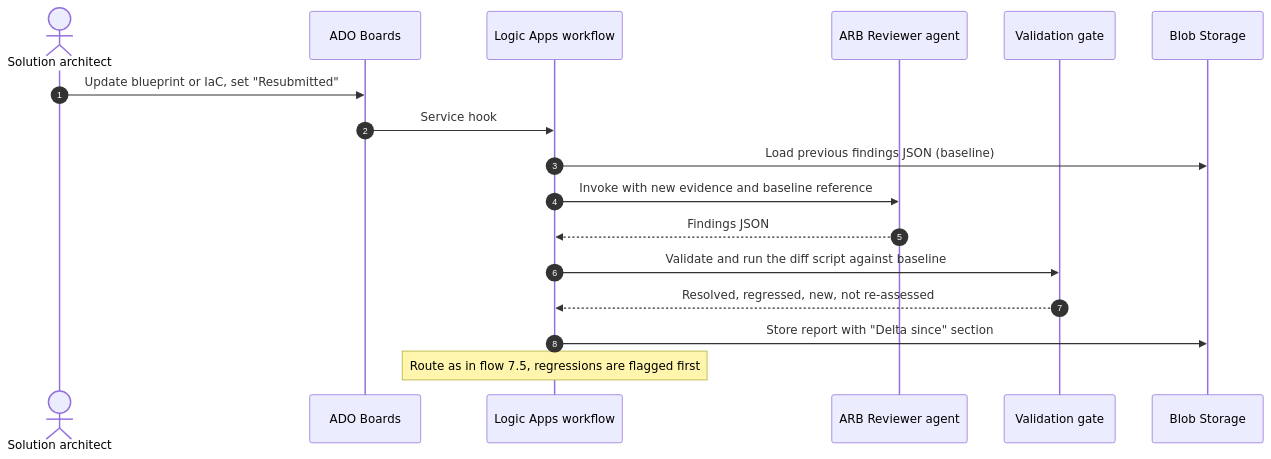
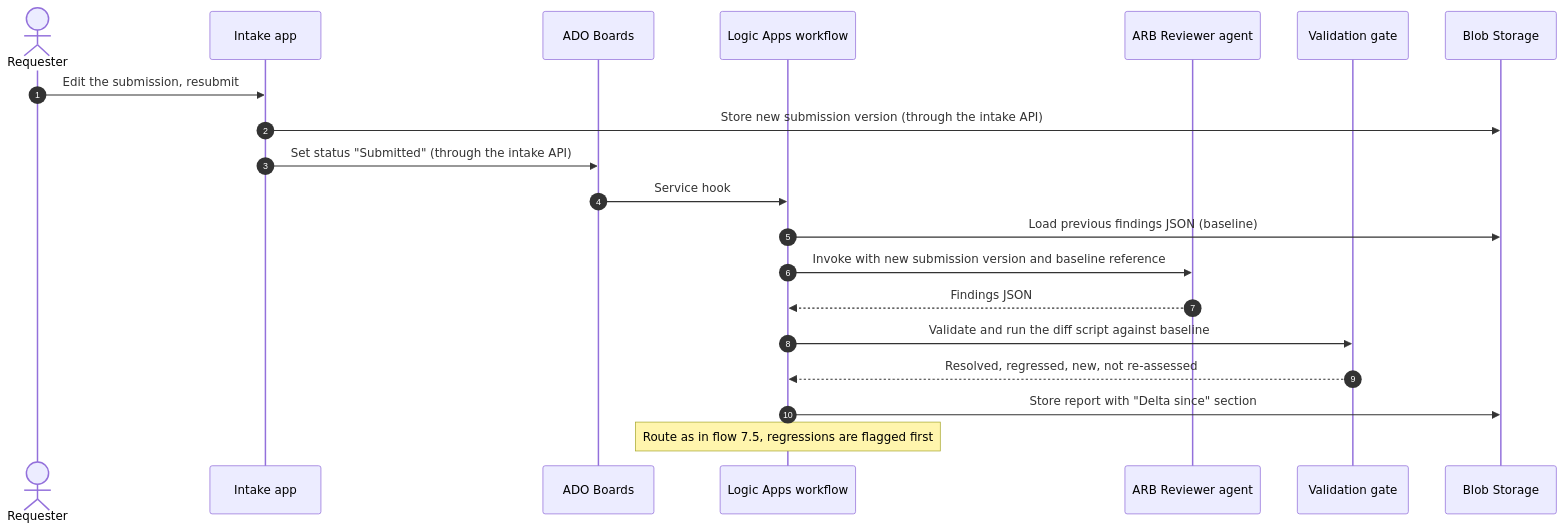
One commit to itsamitkr/arb-agent-design changed the sixth of 8 diagrams in ARB-Agent-Technical-Design.md. Above: the diagram before and after it, drawn with Mermaid. The commit also changed other lines of this file and 2 other files, not shown here.

````diff
--- a/ARB-Agent-Technical-Design.md
+++ b/ARB-Agent-Technical-Design.md
@@ -451,20 +604,23 @@
 ```mermaid
 sequenceDiagram
     autonumber
-    actor SA as Solution architect
+    actor SA as Requester
+    participant APP as Intake app
     participant ADO as ADO Boards
     participant LA as Logic Apps workflow
     participant AG as ARB Reviewer agent
     participant FN as Validation gate
     participant BL as Blob Storage
 
-    SA->>ADO: Update blueprint or IaC, set "Resubmitted"
+    SA->>APP: Edit the submission, resubmit
+    APP->>BL: Store new submission version (through the intake API)
+    APP->>ADO: Set status "Submitted" (through the intake API)
     ADO->>LA: Service hook
     LA->>BL: Load previous findings JSON (baseline)
-    LA->>AG: Invoke with new evidence and baseline reference
+    LA->>AG: Invoke with new submission version and baseline reference
     AG-->>LA: Findings JSON
     LA->>FN: Validate and run the diff script against baseline
     FN-->>LA: Resolved, regressed, new, not re-assessed
     LA->>BL: Store report with "Delta since" section
     Note over LA: Route as in flow 7.5, regressions are flagged first
 ```
````
